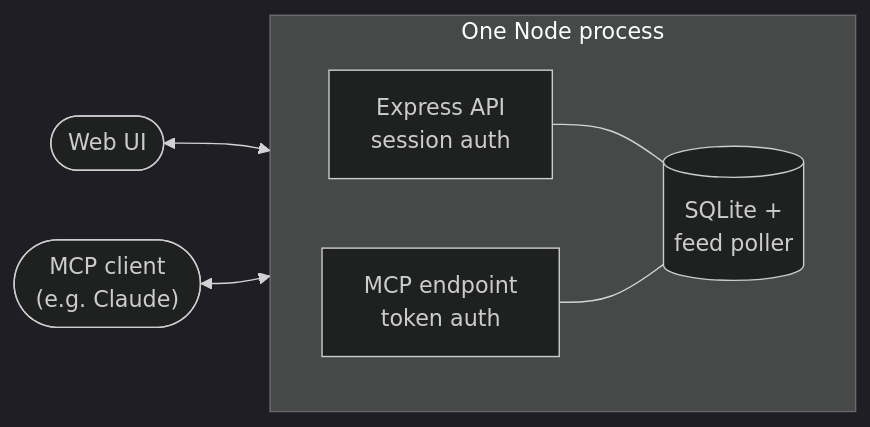
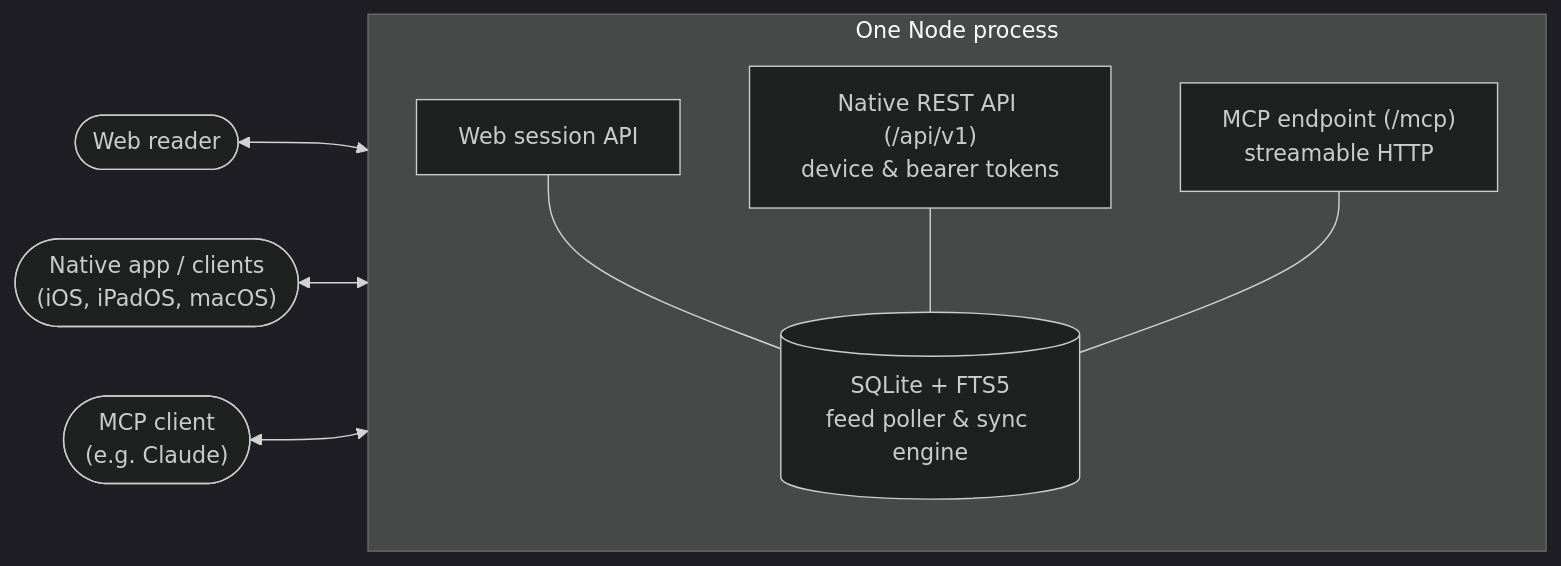
Before and after one commit to lb1192176991-lab/feedkeeper: the diagram in README.md, drawn with Mermaid (dark theme). The commit also changed other lines of this file, not shown here.

Commit message:
docs: update architecture diagram and description in readme

````diff
--- a/README.md
+++ b/README.md
@@ -55,18 +55,22 @@
 ```mermaid
 flowchart LR
-    WebUI(["Web UI"])
+    WebUI(["Web reader"])
+    NativeApp(["Native app / clients<br/>(iOS, iPadOS, macOS)"])
     MCPClient(["MCP client<br/>(e.g. Claude)"])
 
     subgraph Server["One Node process"]
-        direction LR
-        API["Express API<br/>session auth"]
-        MCPEP["MCP endpoint<br/>token auth"]
-        DB[("SQLite +<br/>feed poller")]
+        direction TB
+        WebAPI["Web session API"]
+        NativeAPI["Native REST API (/api/v1)<br/>device & bearer tokens"]
+        MCPEP["MCP endpoint (/mcp)<br/>streamable HTTP"]
+        DB[("SQLite + FTS5<br/>feed poller & sync engine")]
 
-        API --- DB
+        WebAPI --- DB
+        NativeAPI --- DB
         MCPEP --- DB
     end
 
-    WebUI <--> API
+    WebUI <--> WebAPI
+    NativeApp <--> NativeAPI
     MCPClient <--> MCPEP
 ```
````
